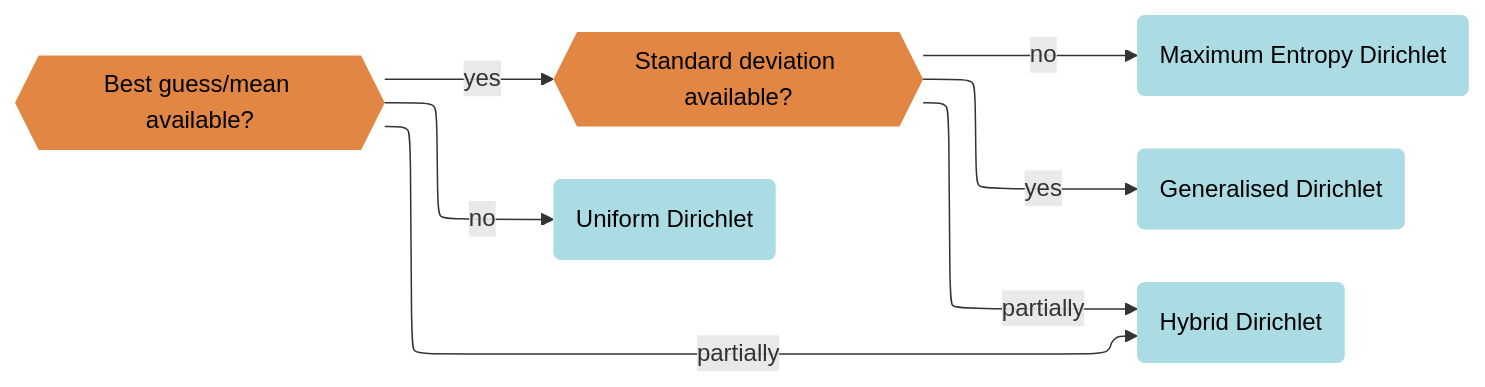
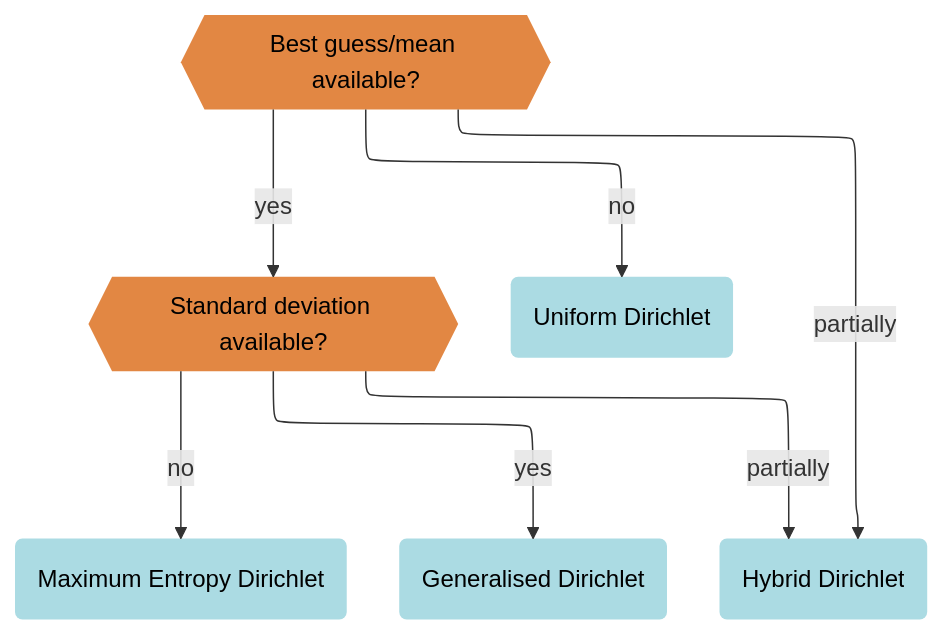
Before and after one commit to jakobsarthur/maxent_disaggregation: the third of 3 diagrams in docs/content/theory.md, drawn with Mermaid. The commit also changed other lines of this file, not shown here.

Commit message:
mermaid TD

````diff
--- a/docs/content/theory.md
+++ b/docs/content/theory.md
@@ -122,22 +122,22 @@
 ```{mermaid}
-flowchart-elk LR
+flowchart-elk TD
     %% Define node classes
     classDef decision fill:#e28743,color:black,stroke:none;
     classDef distribution fill:#abdbe3,color:black,stroke:none;
     classDef explanationnode fill:#eeeee4,color:black,stroke:none;
 
     MeanDecision{{"Best guess/mean available?"}}:::decision
     SDDecision{{"Standard deviation available?"}}:::decision
     MaxEntDir("Maximum Entropy Dirichlet"):::distribution
     GenDir("Generalised Dirichlet"):::distribution
     hybridDir("Hybrid Dirichlet"):::distribution
     UniformDir("Uniform Dirichlet"):::distribution
     
     %% Define connections
     MeanDecision -- "no" --> UniformDir
     MeanDecision -- "yes" --> SDDecision
     MeanDecision -- "partially" --> hybridDir
     SDDecision -- "no" --> MaxEntDir
     SDDecision -- "yes" --> GenDir
     SDDecision -- "partially" --> hybridDir
 ```
````
